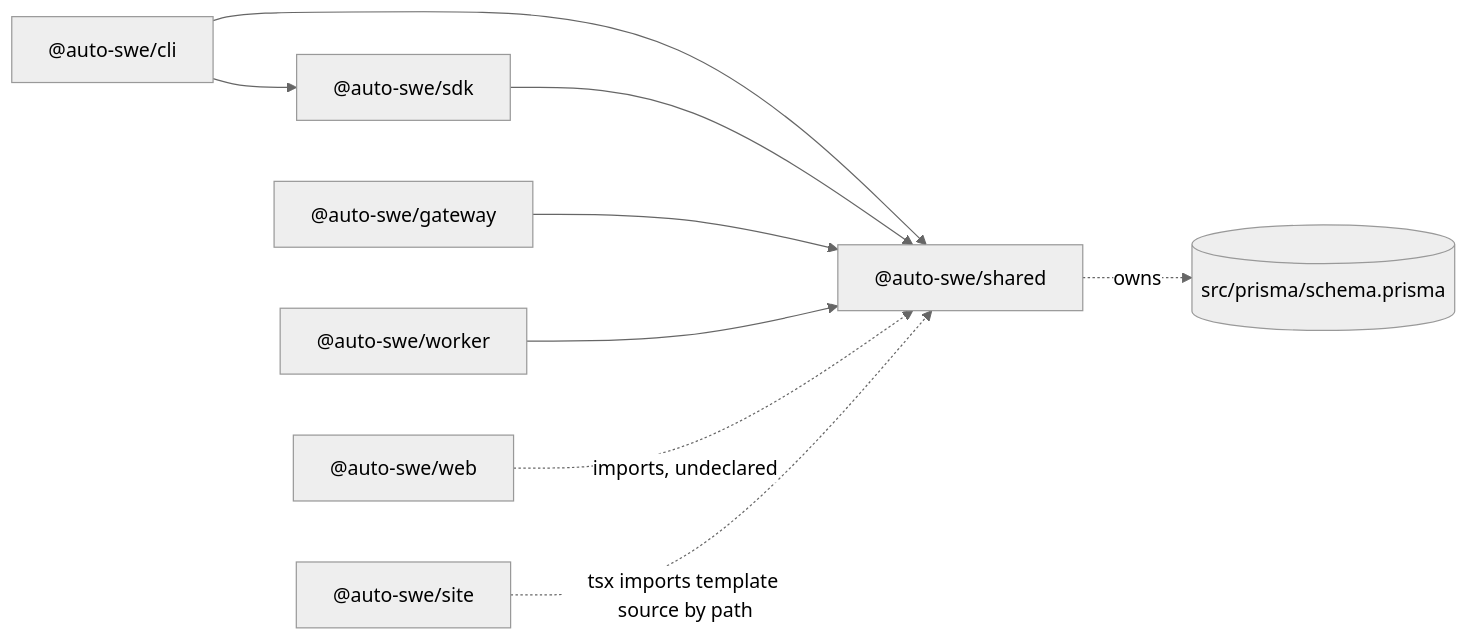
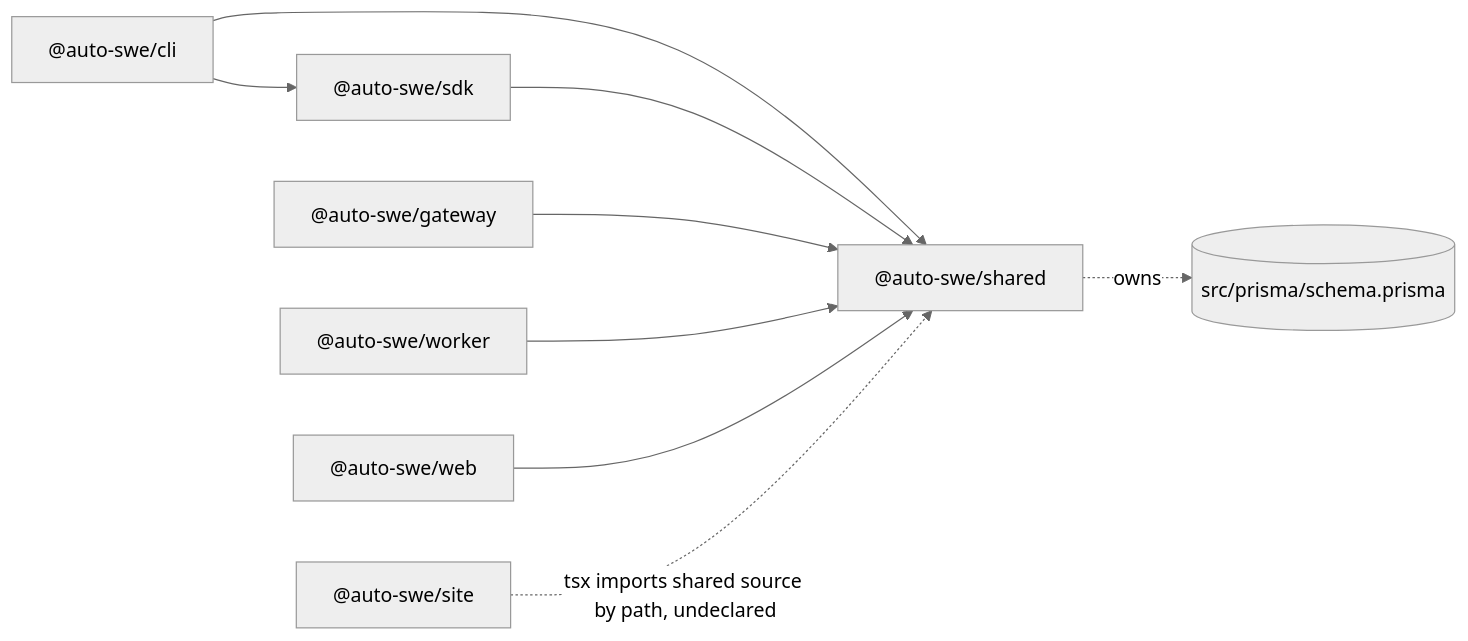
Before and after one commit to yorch/auto-swe: the first of 3 diagrams in wiki/1-repository-structure.md, drawn with Mermaid (neutral theme). The commit also changed other lines of this file and 28 other files, not shown here.

````diff
--- a/wiki/1-repository-structure.md
+++ b/wiki/1-repository-structure.md
@@ -50,12 +59,12 @@
 ```mermaid
 flowchart LR
     cli["@auto-swe/cli"] --> sdk["@auto-swe/sdk"]
     cli --> shared["@auto-swe/shared"]
     sdk --> shared
     gateway["@auto-swe/gateway"] --> shared
     worker["@auto-swe/worker"] --> shared
-    web["@auto-swe/web"] -. "imports, undeclared" .-> shared
-    site["@auto-swe/site"] -. "tsx imports template source by path" .-> shared
+    web["@auto-swe/web"] --> shared
+    site["@auto-swe/site"] -. "tsx imports shared source by path, undeclared" .-> shared
 
     shared -.owns.-> schema[("src/prisma/schema.prisma")]
 ```
````
